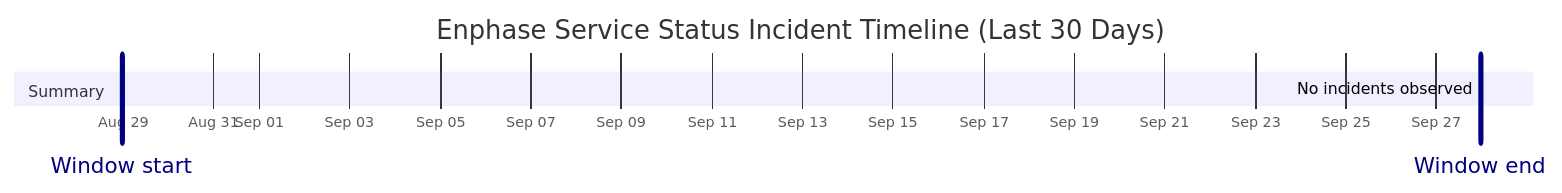
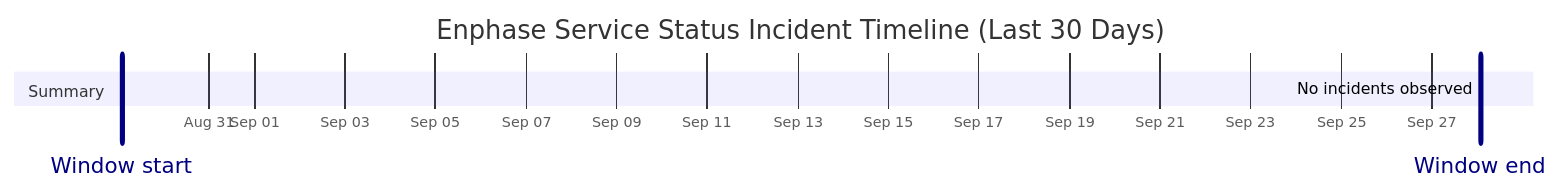
One commit to barneyonline/ha-enphase-energy changed the diagram in wiki/Service-Status-History.md. Above: the diagram before and after it, drawn with Mermaid. The commit also changed other lines of this file and 3 other files, not shown here.

````diff
--- a/wiki/Service-Status-History.md
+++ b/wiki/Service-Status-History.md
@@ -14,10 +14,10 @@
 ```mermaid
 gantt
     title Enphase Service Status Incident Timeline (Last 30 Days)
     dateFormat  YYYY-MM-DDTHH:mm:ss
     axisFormat  %b %d
-    Window start :vert, window-start, 2026-08-28T23:14:34, 0ms
-    Window end :vert, window-end, 2026-09-27T23:14:34, 0ms
+    Window start :vert, window-start, 2026-08-29T01:50:40, 0ms
+    Window end :vert, window-end, 2026-09-28T01:50:40, 0ms
     section Summary
-    No incidents observed :done, 2026-09-27T23:14:34, 1m
+    No incidents observed :done, 2026-09-28T01:50:40, 1m
 ```
````
